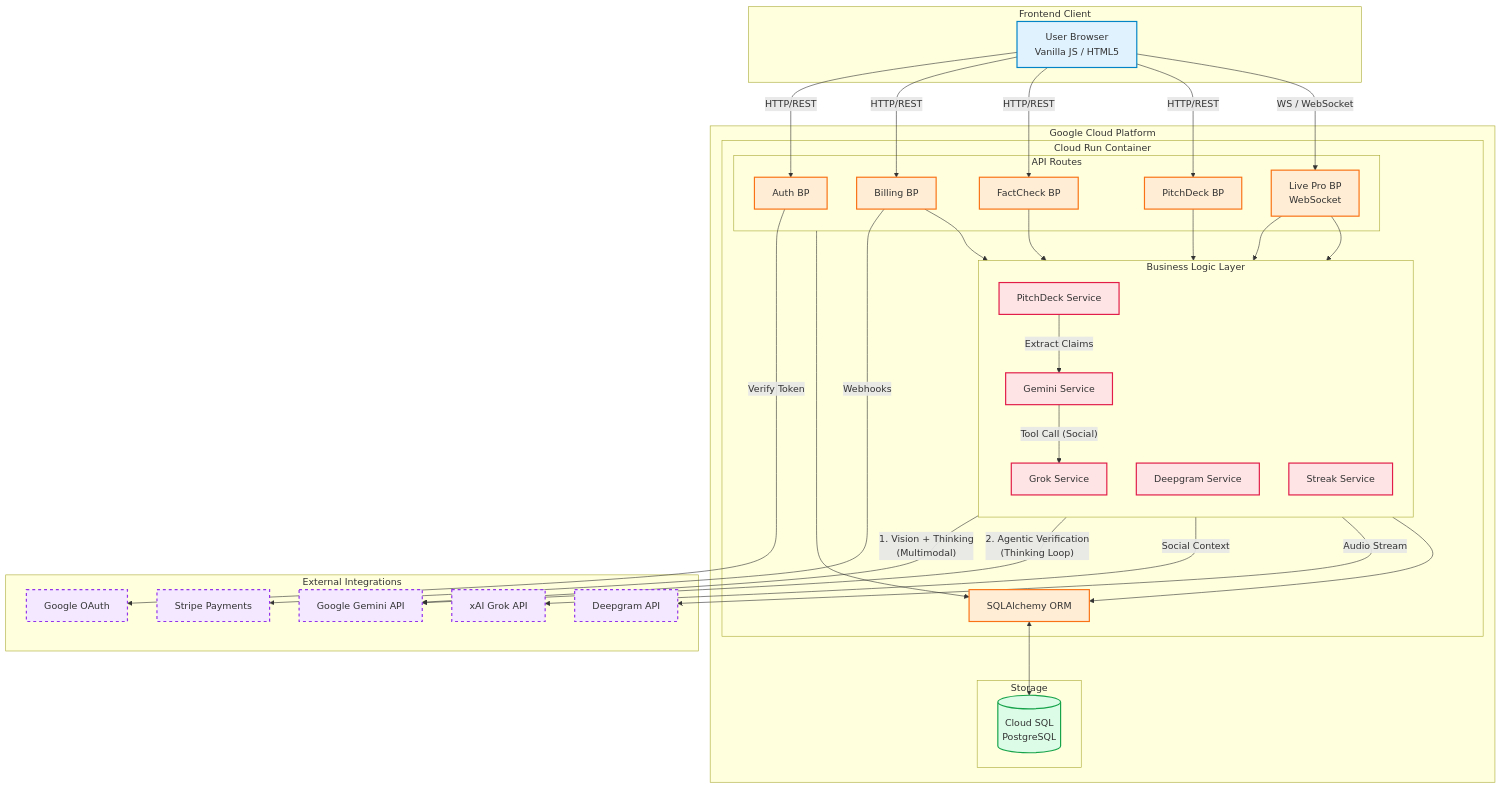
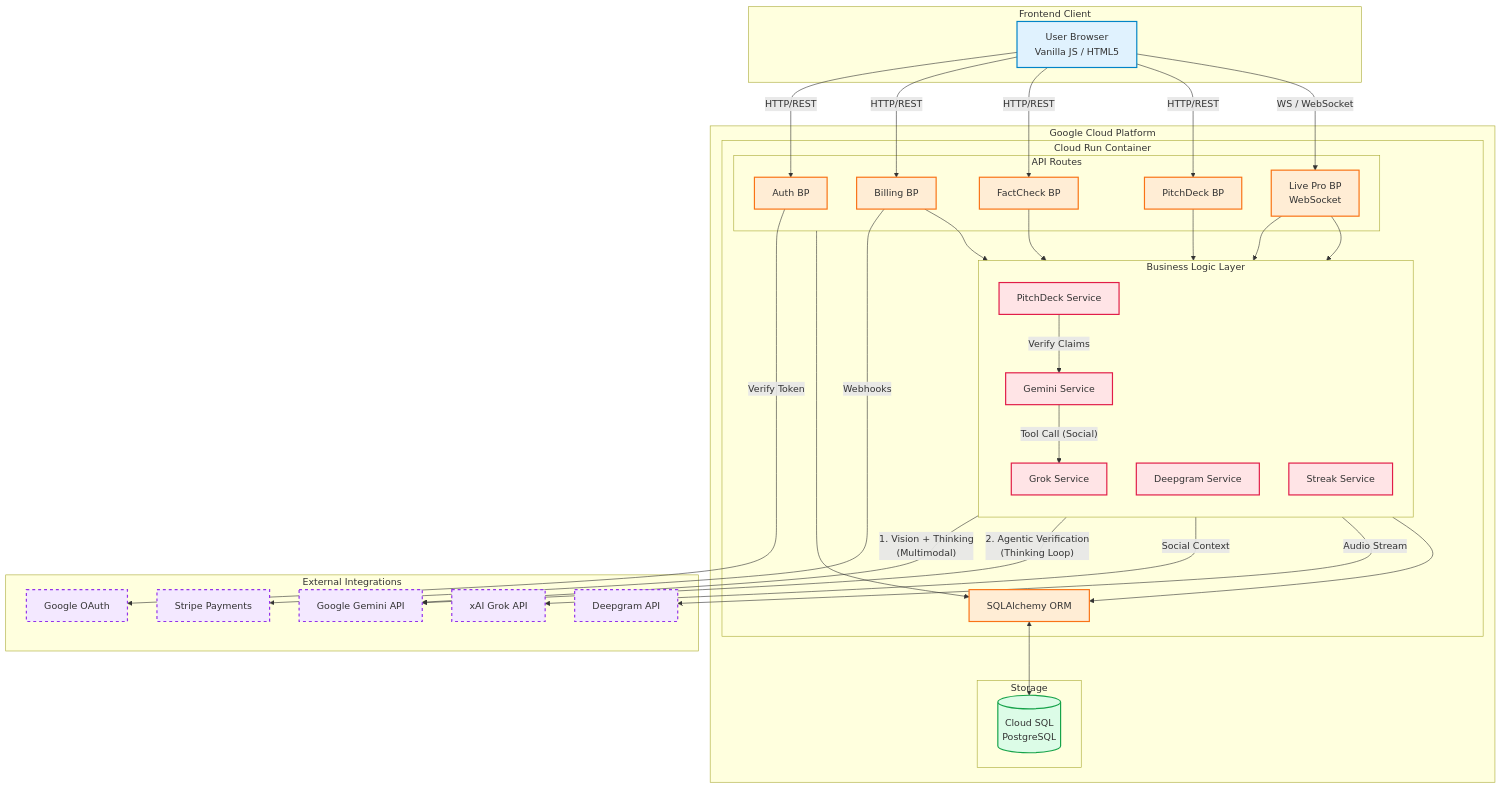
Before and after one commit to defluff/satoricheck: the diagram in README.md, drawn with Mermaid. The commit also changed 10 other files, not shown here.

````diff
--- a/README.md
+++ b/README.md
@@ -63,82 +63,82 @@
 ```mermaid
 flowchart TB
  subgraph Client["Frontend Client"]
         Browser["User Browser<br>Vanilla JS / HTML5"]
   end
  subgraph API["API Routes"]
         AuthBP["Auth BP"]
         BillingBP["Billing BP"]
         FactBP["FactCheck BP"]
         LiveBP["Live Pro BP<br>WebSocket"]
         PitchBP["PitchDeck BP"]
   end
  subgraph Logic["Business Logic Layer"]
     direction TB
         GrokSvc["Grok Service"]
         DeepgramSvc["Deepgram Service"]
         PitchSvc["PitchDeck Service"]
         GeminiSvc["Gemini Service"]
         StreakSvc["Streak Service"]
   end
  subgraph CloudRun["Cloud Run Container"]
         API
         Logic
         ORM["SQLAlchemy ORM"]
   end
  subgraph Data["Storage"]
         DB[("Cloud SQL<br>PostgreSQL")]
   end
  subgraph GCP["Google Cloud Platform"]
         CloudRun
         Data
   end
  subgraph ExternalServices["External Integrations"]
         OAuth["Google OAuth"]
         StripeAPI["Stripe Payments"]
         GrokAPI["xAI Grok API"]
         DeepgramAPI["Deepgram API"]
         GeminiAPI["Google Gemini API"]
   end
     Browser -- HTTP/REST --> AuthBP & BillingBP & FactBP & PitchBP
     Browser -- WS / WebSocket --> LiveBP
     FactBP --> GeminiSvc
     PitchBP --> PitchSvc
     LiveBP --> DeepgramSvc & GeminiSvc
     BillingBP --> StreakSvc
-    PitchSvc -- Extract Claims --> GeminiSvc
+    PitchSvc -- Verify Claims --> GeminiSvc
     GeminiSvc -- Tool Call (Social) --> GrokSvc
     AuthBP -- Verify Token --> OAuth
     BillingBP -- Webhooks --> StripeAPI
     PitchSvc -- "1. Vision + Thinking<br>(Multimodal)" --> GeminiAPI
     GeminiSvc -- "2. Agentic Verification<br>(Thinking Loop)" --> GeminiAPI
     GrokSvc -- Social Context --> GrokAPI
     DeepgramSvc -- Audio Stream --> DeepgramAPI
     API --> ORM
     Logic --> ORM
     ORM <--> DB
 
      Browser:::client
      AuthBP:::route
      BillingBP:::route
      FactBP:::route
      LiveBP:::route
      PitchBP:::route
      GrokSvc:::service
      DeepgramSvc:::service
      PitchSvc:::service
      GeminiSvc:::service
      StreakSvc:::service
      ORM:::route
      DB:::db
      OAuth:::external
      StripeAPI:::external
      GrokAPI:::external
      DeepgramAPI:::external
      GeminiAPI:::external
     classDef client fill:#e0f2fe,stroke:#0284c7,stroke-width:2px
     classDef container fill:#f8fafc,stroke:#64748b,stroke-width:2px
     classDef route fill:#ffedd5,stroke:#f97316,stroke-width:2px
     classDef service fill:#ffe4e6,stroke:#e11d48,stroke-width:2px
     classDef db fill:#dcfce7,stroke:#16a34a,stroke-width:2px
     classDef external fill:#f3e8ff,stroke:#9333ea,stroke-width:2px,stroke-dasharray: 5 5
 ```
````
